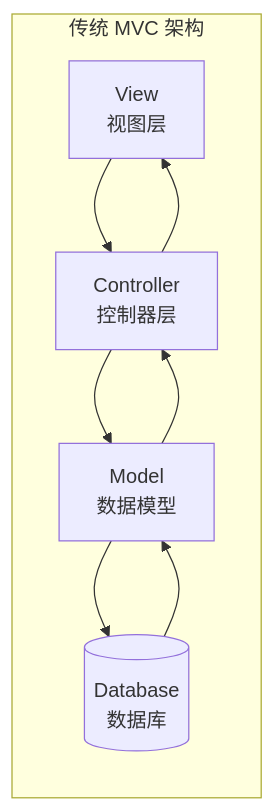
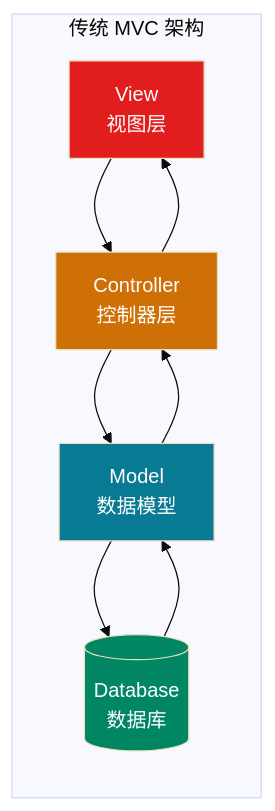
Before and after one commit to microwind/design-patterns: the first of 12 diagrams in domain-driven-design/一文搞懂DDD领域驱动设计.md, drawn with Mermaid. The commit also changed other lines of this file, not shown here.

````diff
--- a/domain-driven-design/一文搞懂DDD领域驱动设计.md
+++ b/domain-driven-design/一文搞懂DDD领域驱动设计.md
@@ -15,16 +15,22 @@
 ```mermaid
+%%{init: {'theme': 'base', 'themeVariables': { 'sectionBkgColor': '#f1f1f1', 'altSectionBkgColor': '#f1f1f1', 'gridColor': '#f1f1f1'}}}%%
 flowchart LR
     subgraph MVC["传统 MVC 架构"]
         View[View<br/>视图层]
         Controller[Controller<br/>控制器层]
         Model[Model<br/>数据模型]
         DB[(Database<br/>数据库)]
     end
     
     View --> Controller
     Controller --> Model
     Model --> DB
     DB --> Model
     Model --> Controller
     Controller --> View
+    
+    style View fill:#E11D1D,color:#ffffff
+    style Controller fill:#CE7005,color:#FFFFFF
+    style Model fill:#097A93,color:#ffffff
+    style DB fill:#018663,color:#ffffff
 ```
````
